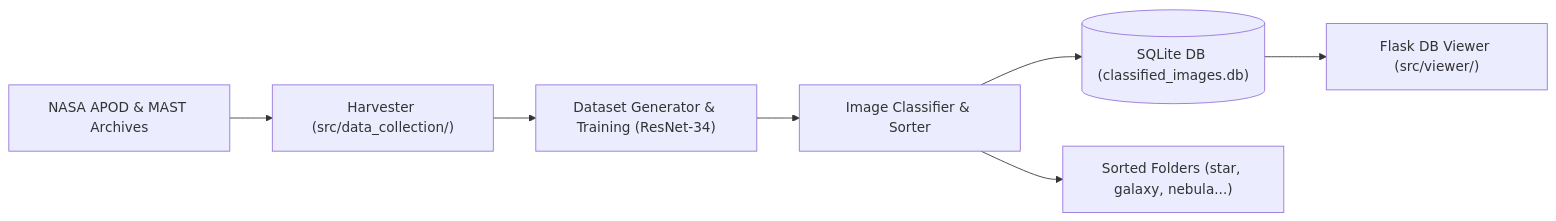
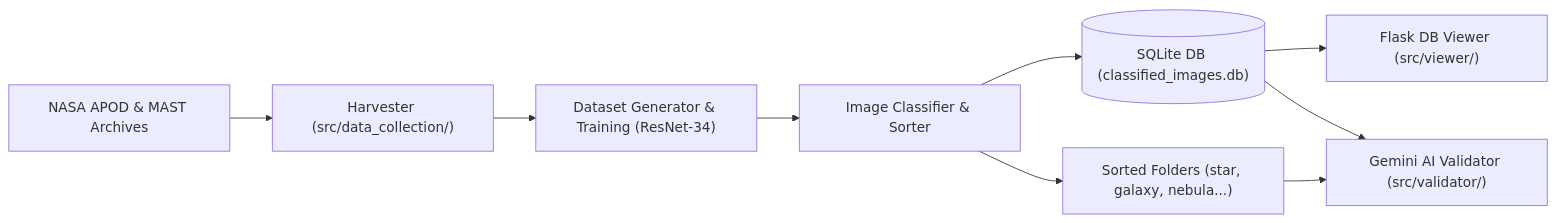
Before and after one commit to RaulSalasSahuquillo/nasa-deep-space-classifier: the diagram in README.md, drawn with Mermaid. The commit also changed other lines of this file and 92 other files, not shown here.

````diff
--- a/README.md
+++ b/README.md
@@ -10,9 +26,11 @@
 ```mermaid
 flowchart LR
     A["NASA APOD & MAST Archives"] --> B["Harvester (src/data_collection/)"]
     B --> C["Dataset Generator & Training (ResNet-34)"]
     C --> D["Image Classifier & Sorter"]
     D --> E[("SQLite DB (classified_images.db)")]
     D --> F["Sorted Folders (star, galaxy, nebula...)"]
     E --> G["Flask DB Viewer (src/viewer/)"]
+    E --> H["Gemini AI Validator (src/validator/)"]
+    F --> H
 ```
````
